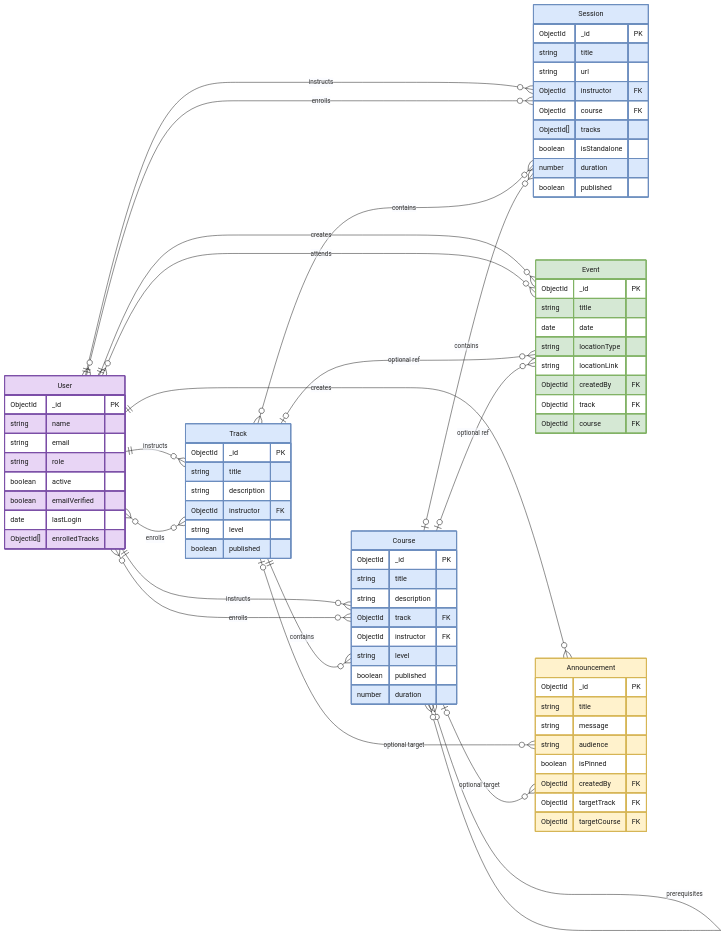
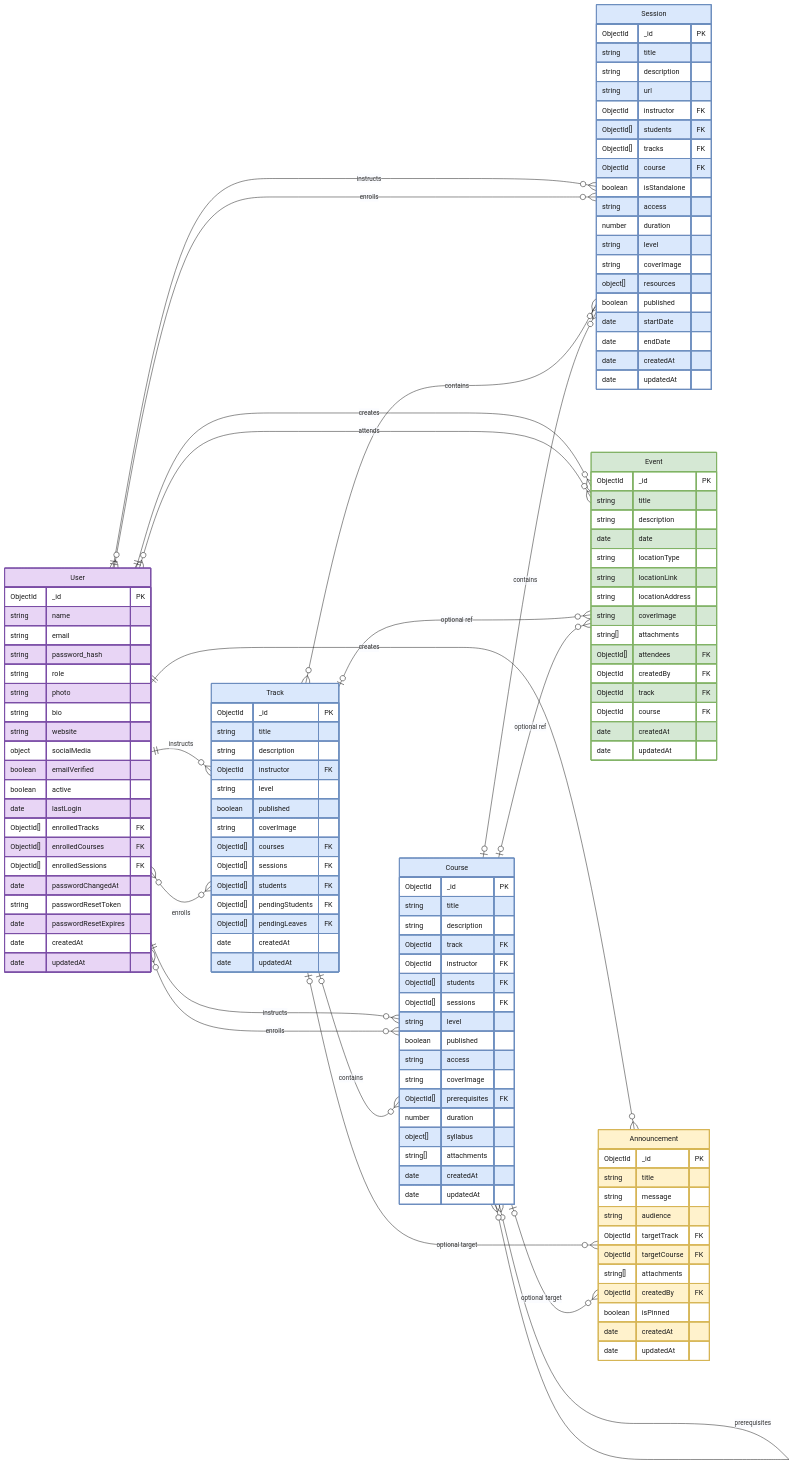
The diagram in design/trosc-ERD.mmd (Basem3sam/trosc-backend), drawn with Mermaid (base theme) before and after one commit. The commit also changed 23 other files, not shown here.

```diff
--- a/design/trosc-ERD.mmd
+++ b/design/trosc-ERD.mmd
@@ -1,99 +1,155 @@
 erDiagram
     direction LR
 
     USER ||--o{ TRACK : instructs
     USER ||--o{ COURSE : instructs
     USER ||--o{ SESSION : instructs
     USER }o--o{ TRACK : enrolls
     USER }o--o{ COURSE : enrolls
     USER }o--o{ SESSION : enrolls
     USER ||--o{ EVENT : creates
     USER }o--o{ EVENT : attends
     USER ||--o{ ANNOUNCEMENT : creates
 
-    TRACK ||--o{ COURSE : contains
+    TRACK |o--o{ COURSE : contains
     TRACK }o--o{ SESSION : contains
     COURSE |o--o{ SESSION : contains
     COURSE }o--o{ COURSE : prerequisites
 
     TRACK |o--o{ EVENT : "optional ref"
     COURSE |o--o{ EVENT : "optional ref"
     TRACK |o--o{ ANNOUNCEMENT : "optional target"
     COURSE |o--o{ ANNOUNCEMENT : "optional target"
 
     USER["User"] {
         ObjectId _id PK
         string name
         string email
+        string password_hash
         string role
+        string photo
+        string bio
+        string website
+        object socialMedia
+        boolean emailVerified
         boolean active
-        boolean emailVerified
         date lastLogin
-        ObjectId[] enrolledTracks
+        ObjectId[] enrolledTracks FK
+        ObjectId[] enrolledCourses FK
+        ObjectId[] enrolledSessions FK
+        date passwordChangedAt
+        string passwordResetToken
+        date passwordResetExpires
+        date createdAt
+        date updatedAt
     }
 
     TRACK["Track"] {
         ObjectId _id PK
         string title
         string description
         ObjectId instructor FK
         string level
         boolean published
+        string coverImage
+        ObjectId[] courses FK
+        ObjectId[] sessions FK
+        ObjectId[] students FK
+        ObjectId[] pendingStudents FK
+        ObjectId[] pendingLeaves FK
+        date createdAt
+        date updatedAt
     }
 
     COURSE["Course"] {
         ObjectId _id PK
         string title
         string description
         ObjectId track FK
         ObjectId instructor FK
+        ObjectId[] students FK
+        ObjectId[] sessions FK
         string level
         boolean published
+        string access
+        string coverImage
+        ObjectId[] prerequisites FK
         number duration
+        object[] syllabus
+        string[] attachments
+        date createdAt
+        date updatedAt
     }
 
     SESSION["Session"] {
         ObjectId _id PK
         string title
+        string description
         string url
         ObjectId instructor FK
+        ObjectId[] students FK
+        ObjectId[] tracks FK
         ObjectId course FK
-        ObjectId[] tracks
         boolean isStandalone
+        string access
         number duration
+        string level
+        string coverImage
+        object[] resources
         boolean published
+        date startDate
+        date endDate
+        date createdAt
+        date updatedAt
     }
 
     EVENT["Event"] {
         ObjectId _id PK
         string title
+        string description
         date date
         string locationType
         string locationLink
+        string locationAddress
+        string coverImage
+        string[] attachments
+        ObjectId[] attendees FK
         ObjectId createdBy FK
         ObjectId track FK
         ObjectId course FK
+        date createdAt
+        date updatedAt
     }
 
     ANNOUNCEMENT["Announcement"] {
         ObjectId _id PK
         string title
         string message
         string audience
-        boolean isPinned
-        ObjectId createdBy FK
         ObjectId targetTrack FK
         ObjectId targetCourse FK
+        string[] attachments
+        ObjectId createdBy FK
+        boolean isPinned
+        date createdAt
+        date updatedAt
     }
 
     classDef user fill:#e8d5f5,stroke:#7b4fa6,stroke-width:2px,color:#1a1a1a
     classDef content fill:#dae8fc,stroke:#6c8ebf,stroke-width:2px,color:#1a1a1a
     classDef event fill:#d5e8d4,stroke:#82b366,stroke-width:2px,color:#1a1a1a
     classDef announcement fill:#fff2cc,stroke:#d6b656,stroke-width:2px,color:#1a1a1a
 
+    style USER fill:#e8d5f5,stroke:#7b4fa6,stroke-width:2px
+    style TRACK fill:#dae8fc,stroke:#6c8ebf,stroke-width:2px
+    style COURSE fill:#dae8fc,stroke:#6c8ebf,stroke-width:2px
+    style SESSION fill:#dae8fc,stroke:#6c8ebf,stroke-width:2px
+    style EVENT fill:#d5e8d4,stroke:#82b366,stroke-width:2px
+    style ANNOUNCEMENT fill:#fff2cc,stroke:#d6b656,stroke-width:2px
+
     class USER user
     class TRACK content
     class COURSE content
     class SESSION content
     class EVENT event
     class ANNOUNCEMENT announcement
```
